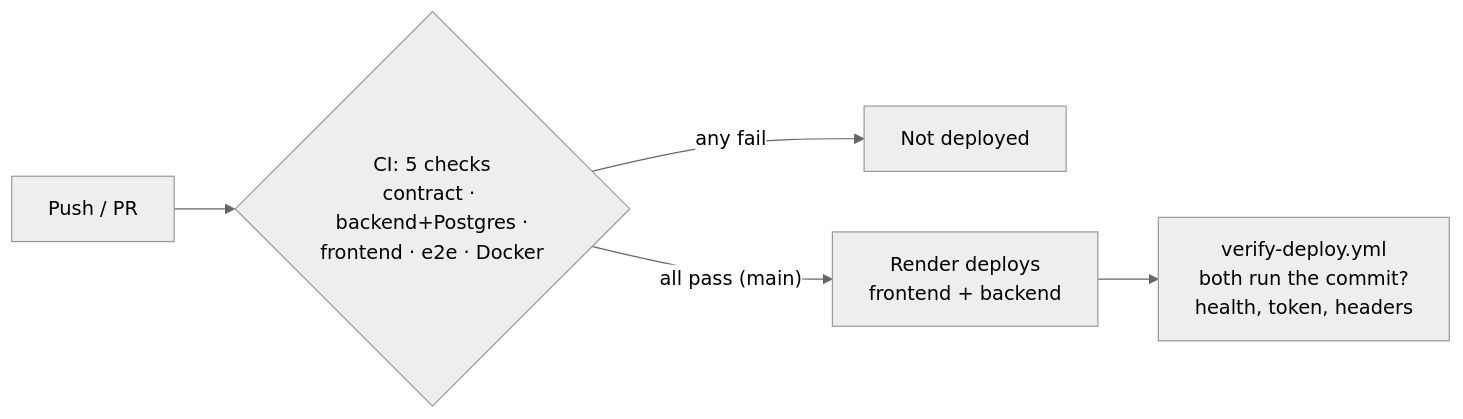
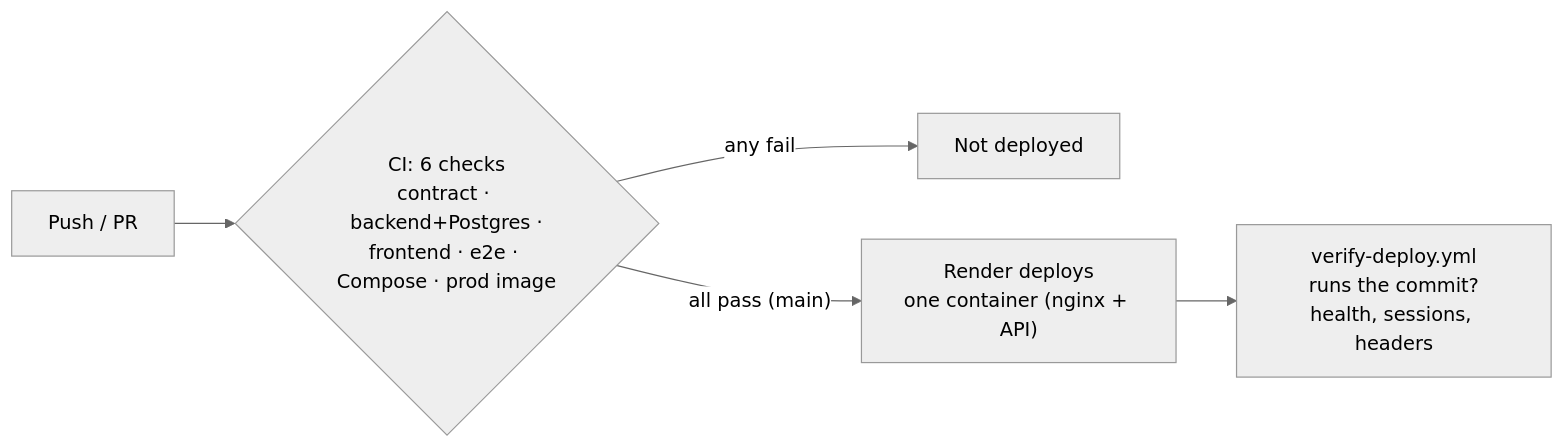
Before and after one commit to Crooked-Cat-Tail-Software/stock-assistant: the second of 2 diagrams in README.md, drawn with Mermaid (neutral theme). The commit also changed other lines of this file and 13 other files, not shown here.

First line of the commit message:
Add single-service production image (nginx + API in one container)

````diff
--- a/README.md
+++ b/README.md
@@ -168,7 +168,7 @@
 ```mermaid
 flowchart LR
-    pr["Push / PR"] --> ci{"CI: 5 checks<br/>contract · backend+Postgres ·<br/>frontend · e2e · Docker"}
+    pr["Push / PR"] --> ci{"CI: 6 checks<br/>contract · backend+Postgres ·<br/>frontend · e2e · Compose · prod image"}
     ci -- "any fail" --> stop["Not deployed"]
-    ci -- "all pass (main)" --> render["Render deploys<br/>frontend + backend"]
-    render --> verify["verify-deploy.yml<br/>both run the commit?<br/>health, token, headers"]
+    ci -- "all pass (main)" --> render["Render deploys<br/>one container (nginx + API)"]
+    render --> verify["verify-deploy.yml<br/>runs the commit?<br/>health, sessions, headers"]
 ```
````
